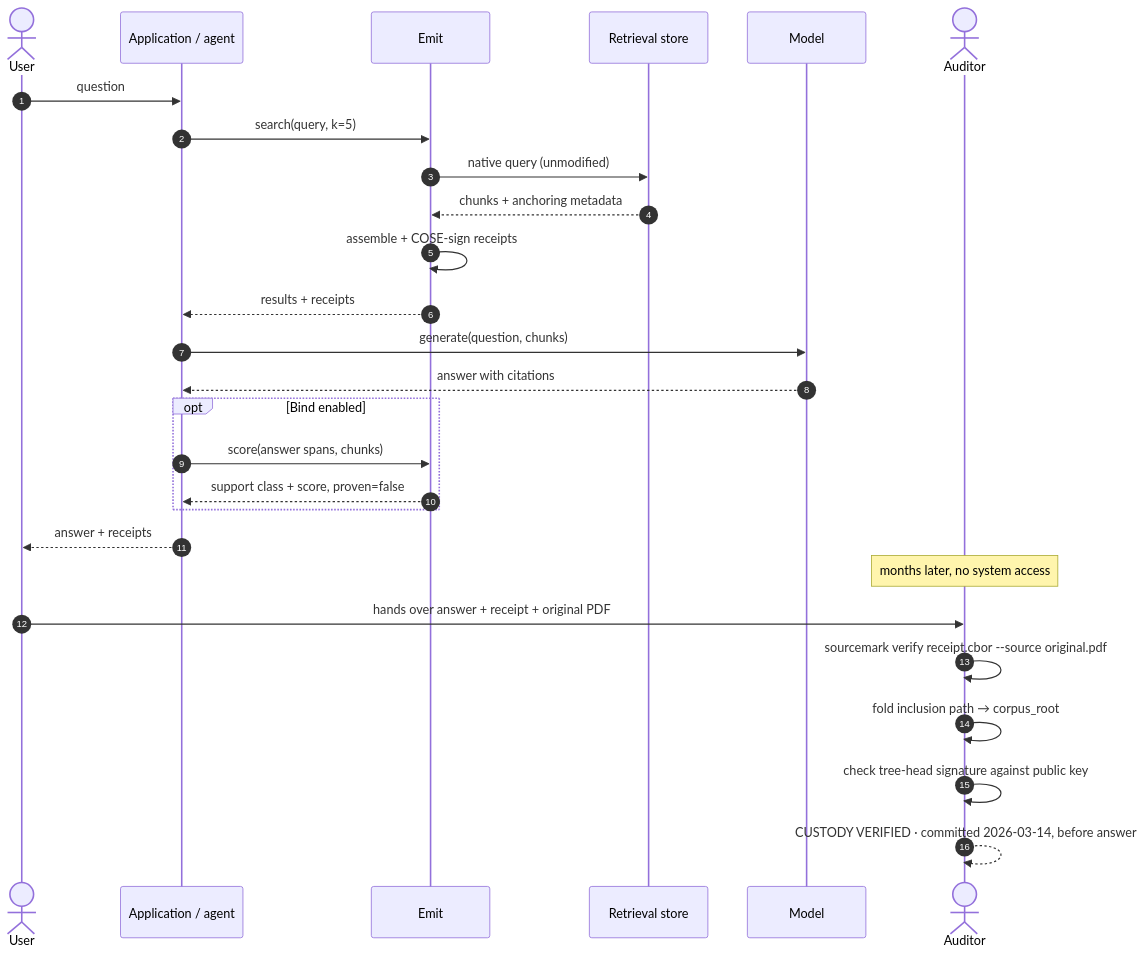
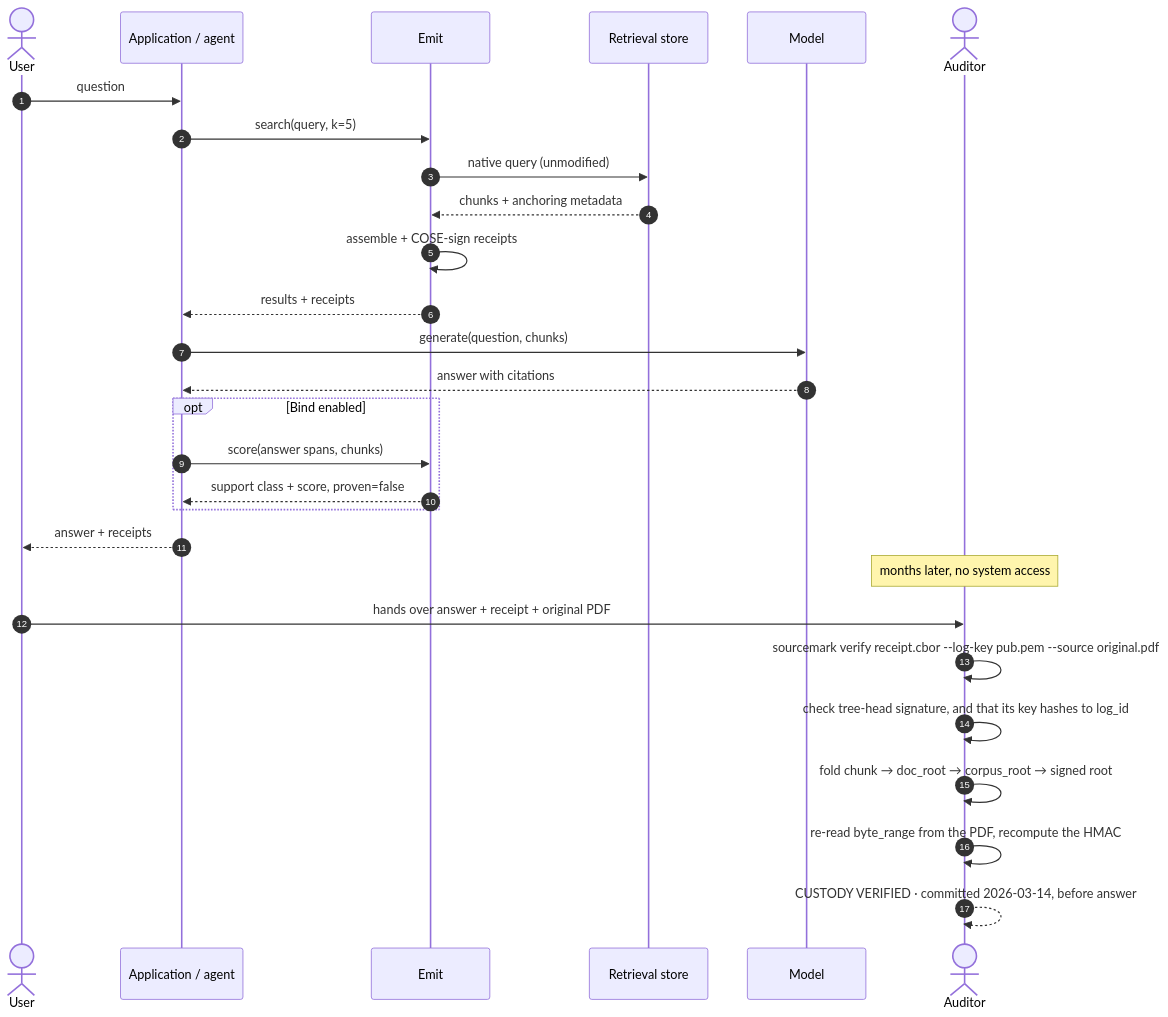
One commit to advisely/sourcemark changed the fourth of 9 diagrams in docs/ARCHITECTURE.md. Above: the diagram before and after it, drawn with Mermaid. The commit also changed other lines of this file and 9 other files, not shown here.

````diff
--- a/docs/ARCHITECTURE.md
+++ b/docs/ARCHITECTURE.md
@@ -141,31 +143,32 @@
 ```mermaid
 sequenceDiagram
     autonumber
     actor U as User
     participant APP as Application / agent
     participant EM as Emit
     participant DB as Retrieval store
     participant LLM as Model
     actor AUD as Auditor
 
     U->>APP: question
     APP->>EM: search(query, k=5)
     EM->>DB: native query (unmodified)
     DB-->>EM: chunks + anchoring metadata
     EM->>EM: assemble + COSE-sign receipts
     EM-->>APP: results + receipts
     APP->>LLM: generate(question, chunks)
     LLM-->>APP: answer with citations
     opt Bind enabled
         APP->>EM: score(answer spans, chunks)
         EM-->>APP: support class + score, proven=false
     end
     APP-->>U: answer + receipts
 
     Note over AUD: months later, no system access
     U->>AUD: hands over answer + receipt + original PDF
-    AUD->>AUD: sourcemark verify receipt.cbor --source original.pdf
-    AUD->>AUD: fold inclusion path → corpus_root
-    AUD->>AUD: check tree-head signature against public key
+    AUD->>AUD: sourcemark verify receipt.cbor --log-key pub.pem --source original.pdf
+    AUD->>AUD: check tree-head signature, and that its key hashes to log_id
+    AUD->>AUD: fold chunk → doc_root → corpus_root → signed root
+    AUD->>AUD: re-read byte_range from the PDF, recompute the HMAC
     AUD-->>AUD: CUSTODY VERIFIED · committed 2026-03-14, before answer
 ```
````
